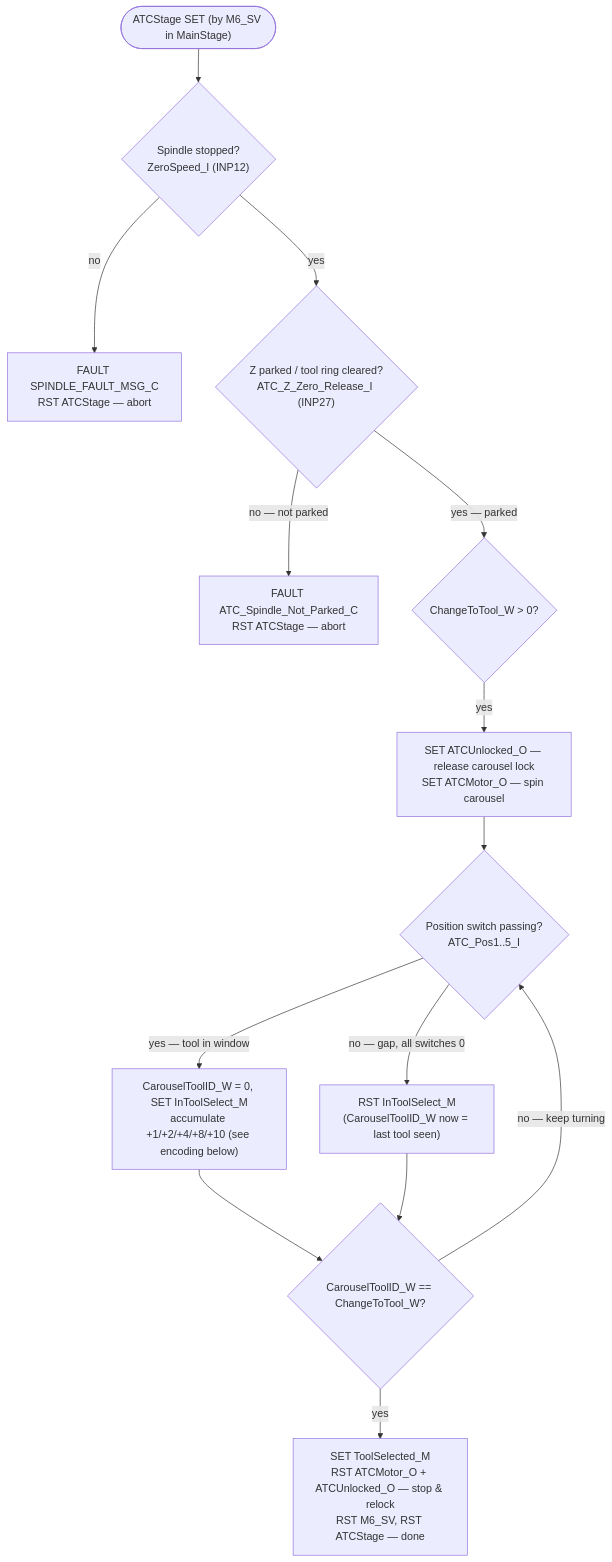
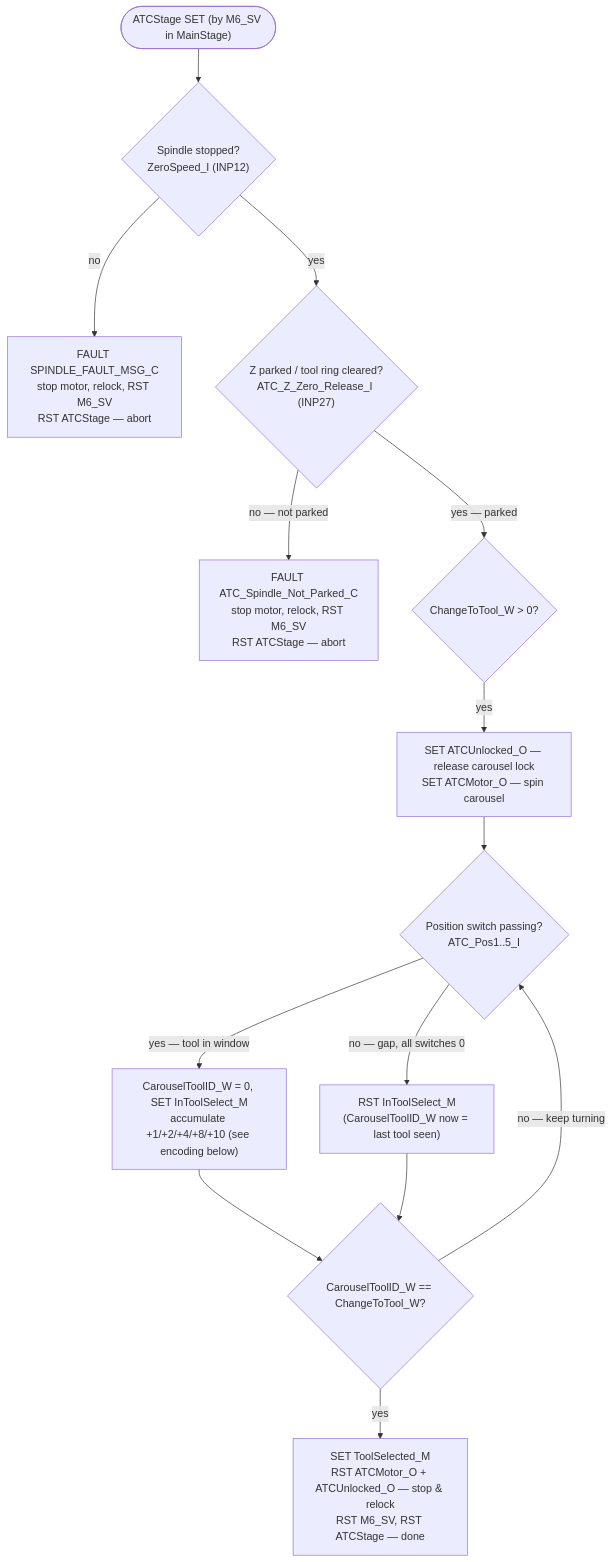
One commit to TD-4242/Acroloc-Centroid changed the first of 2 diagrams in README.md. Above: the diagram before and after it, drawn with Mermaid. The commit also changed other lines of this file and 5 other files, not shown here.

First line of the commit message:
fix(plc): harden changer interlock per review — unconditional kill, ATC abort cleanup, skip needless dwell

````diff
--- a/README.md
+++ b/README.md
@@ -155,16 +160,16 @@
 ```mermaid
 flowchart TD
     A(["ATCStage SET (by M6_SV in MainStage)"]) --> B{"Spindle stopped?<br/>ZeroSpeed_I (INP12)"}
-    B -- no --> BF["FAULT SPINDLE_FAULT_MSG_C<br/>RST ATCStage — abort"]
+    B -- no --> BF["FAULT SPINDLE_FAULT_MSG_C<br/>stop motor, relock, RST M6_SV<br/>RST ATCStage — abort"]
     B -- yes --> C{"Z parked / tool ring cleared?<br/>ATC_Z_Zero_Release_I (INP27)"}
-    C -- "no — not parked" --> CF["FAULT ATC_Spindle_Not_Parked_C<br/>RST ATCStage — abort"]
+    C -- "no — not parked" --> CF["FAULT ATC_Spindle_Not_Parked_C<br/>stop motor, relock, RST M6_SV<br/>RST ATCStage — abort"]
     C -- "yes — parked" --> D{"ChangeToTool_W > 0?"}
     D -- yes --> E["SET ATCUnlocked_O — release carousel lock<br/>SET ATCMotor_O — spin carousel"]
     E --> F{"Position switch passing?<br/>ATC_Pos1..5_I"}
     F -- "yes — tool in window" --> G["CarouselToolID_W = 0, SET InToolSelect_M<br/>accumulate +1/+2/+4/+8/+10 (see encoding below)"]
     F -- "no — gap, all switches 0" --> H["RST InToolSelect_M<br/>(CarouselToolID_W now = last tool seen)"]
     G --> I{"CarouselToolID_W == ChangeToTool_W?"}
     H --> I
     I -- "no — keep turning" --> F
     I -- yes --> K["SET ToolSelected_M<br/>RST ATCMotor_O + ATCUnlocked_O — stop & relock<br/>RST M6_SV, RST ATCStage — done"]
 ```
````
